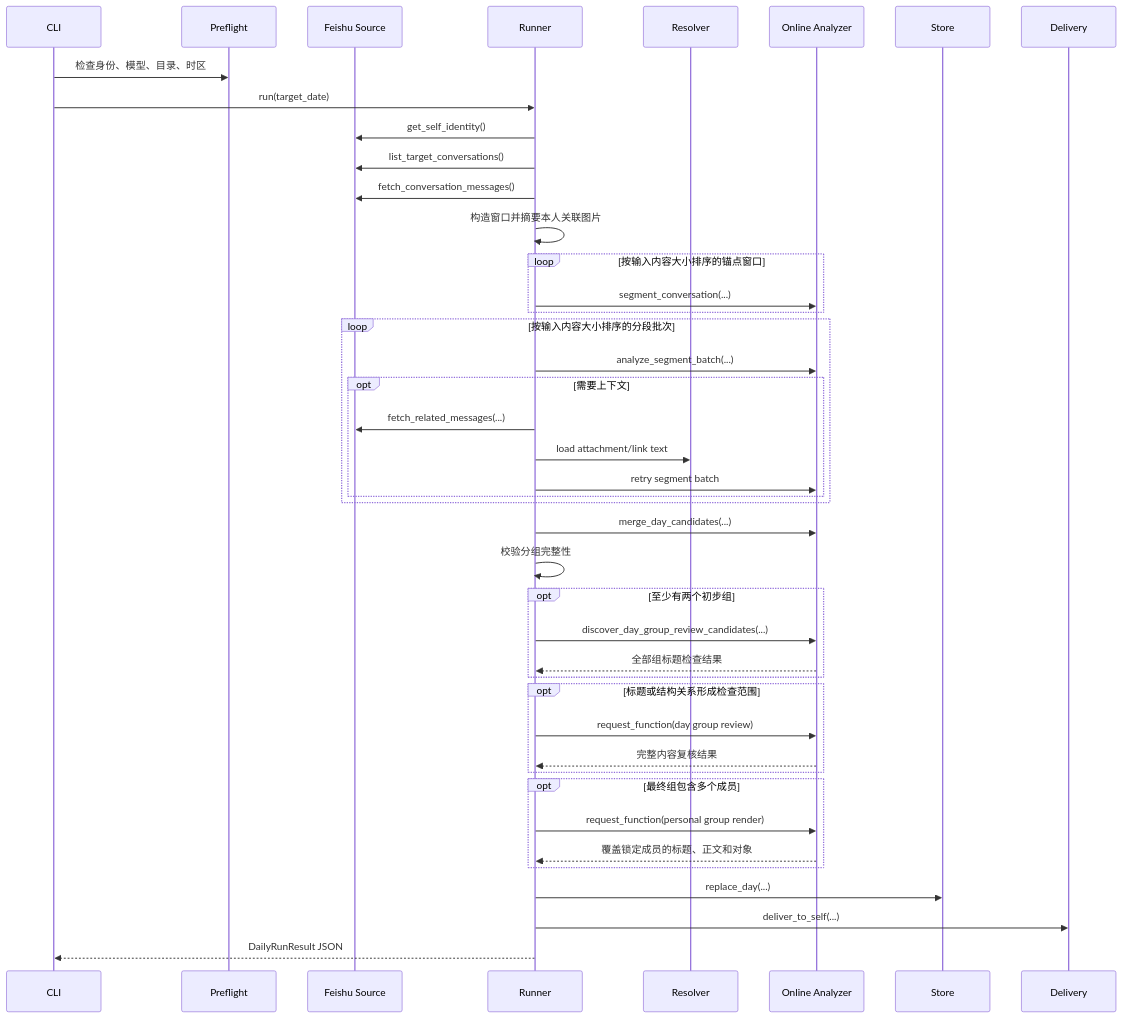
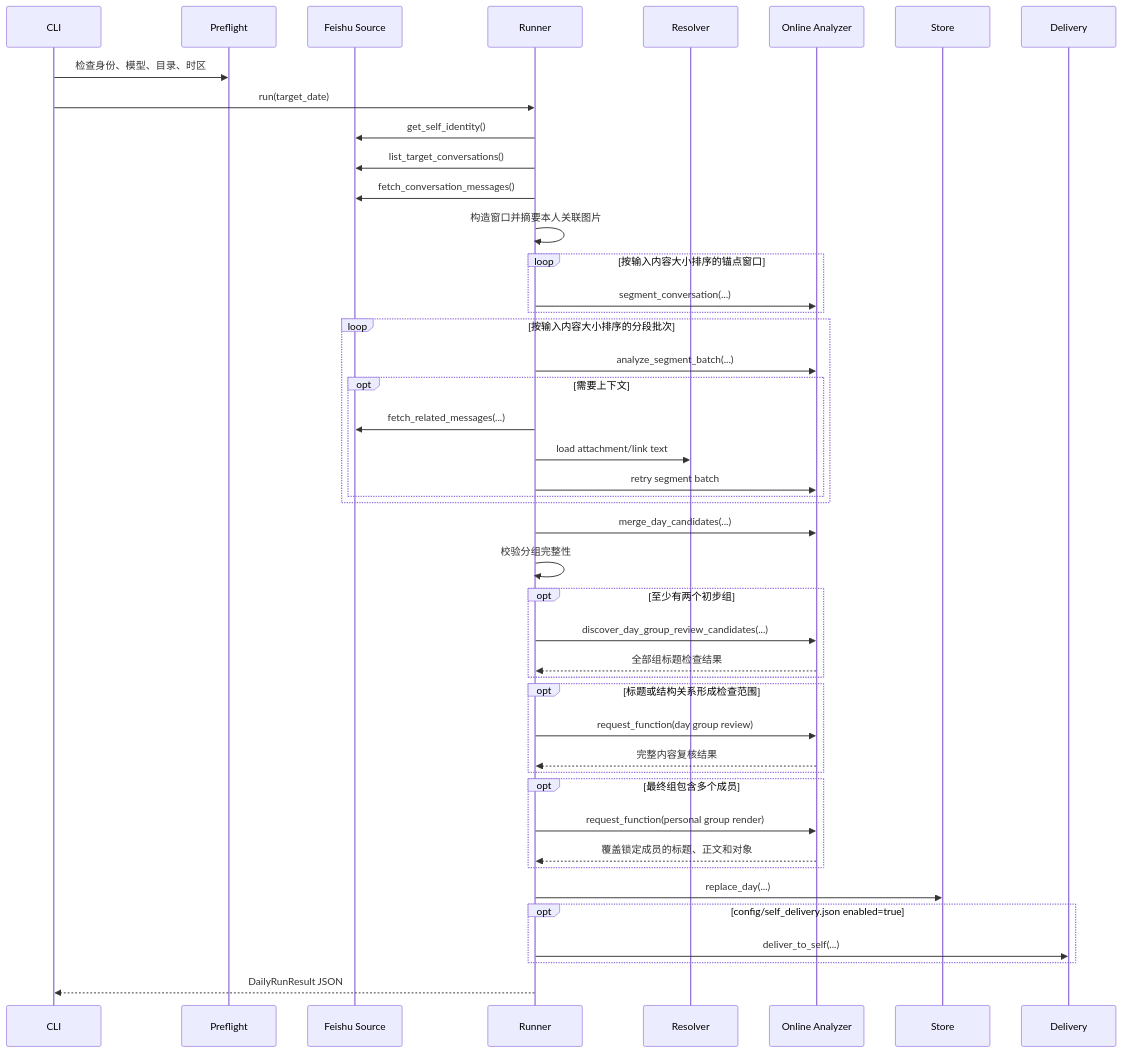
The second of 4 diagrams in docs/detailed-design.md (sunweisheng/WorkTrace), drawn with Mermaid before and after one commit. The commit also changed other lines of this file and 14 other files, not shown here.

Commit message:
feat: add self-delivery toggle

````diff
--- a/docs/detailed-design.md
+++ b/docs/detailed-design.md
@@ -57,46 +57,48 @@
 ```mermaid
 sequenceDiagram
     participant CLI
     participant Preflight
     participant Source as Feishu Source
     participant Runner
     participant Resolver
     participant LLM as Online Analyzer
     participant Store
     participant Delivery
 
     CLI->>Preflight: 检查身份、模型、目录、时区
     CLI->>Runner: run(target_date)
     Runner->>Source: get_self_identity()
     Runner->>Source: list_target_conversations()
     Runner->>Source: fetch_conversation_messages()
     Runner->>Runner: 构造窗口并摘要本人关联图片
     loop 按输入内容大小排序的锚点窗口
         Runner->>LLM: segment_conversation(...)
     end
     loop 按输入内容大小排序的分段批次
         Runner->>LLM: analyze_segment_batch(...)
         opt 需要上下文
             Runner->>Source: fetch_related_messages(...)
             Runner->>Resolver: load attachment/link text
             Runner->>LLM: retry segment batch
         end
     end
     Runner->>LLM: merge_day_candidates(...)
     Runner->>Runner: 校验分组完整性
     opt 至少有两个初步组
         Runner->>LLM: discover_day_group_review_candidates(...)
         LLM-->>Runner: 全部组标题检查结果
     end
     opt 标题或结构关系形成检查范围
         Runner->>LLM: request_function(day group review)
         LLM-->>Runner: 完整内容复核结果
     end
     opt 最终组包含多个成员
         Runner->>LLM: request_function(personal group render)
         LLM-->>Runner: 覆盖锁定成员的标题、正文和对象
     end
     Runner->>Store: replace_day(...)
-    Runner->>Delivery: deliver_to_self(...)
+    opt config/self_delivery.json enabled=true
+        Runner->>Delivery: deliver_to_self(...)
+    end
     Runner-->>CLI: DailyRunResult JSON
 ```
````
